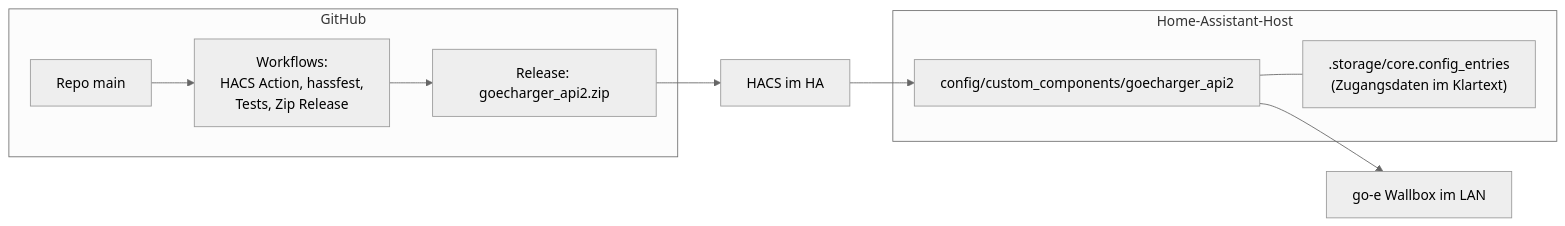
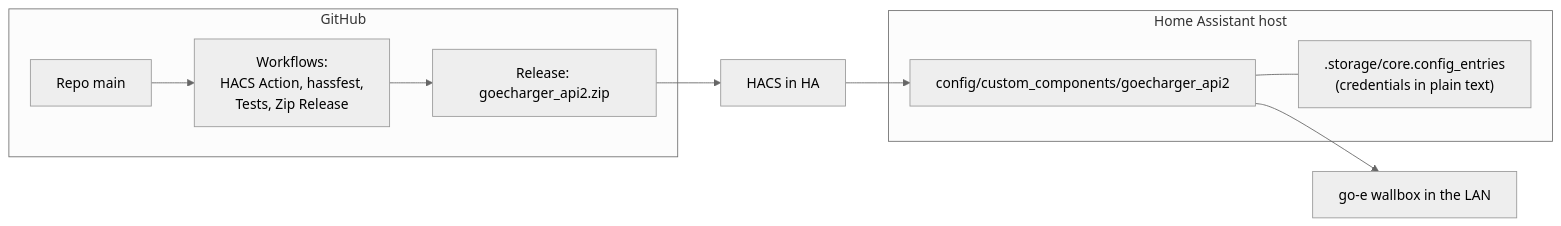
One commit to OliEder/ha-goecharger-api2 changed diagram 12 of 12 in docs/architecture/arc42-ha-goecharger-api2.md. Above: the diagram before and after it, drawn with Mermaid (neutral theme). The commit also changed other lines of this file and 89 other files, not shown here.

````diff
--- a/docs/architecture/arc42-ha-goecharger-api2.md
+++ b/docs/architecture/arc42-ha-goecharger-api2.md
@@ -500,17 +500,17 @@
 ```mermaid
 flowchart LR
     subgraph GH[GitHub]
         Repo[Repo main]
         CI["Workflows:<br/>HACS Action, hassfest,<br/>Tests, Zip Release"]
         Rel[Release: goecharger_api2.zip]
     end
-    HACS[HACS im HA]
-    subgraph Host["Home-Assistant-Host"]
+    HACS[HACS in HA]
+    subgraph Host["Home Assistant host"]
         CC["config/custom_components/goecharger_api2"]
-        Store[".storage/core.config_entries<br/>(Zugangsdaten im Klartext)"]
+        Store[".storage/core.config_entries<br/>(credentials in plain text)"]
     end
-    Dev["go-e Wallbox im LAN"]
+    Dev["go-e wallbox in the LAN"]
     Repo --> CI --> Rel --> HACS --> CC
     CC --- Store
     CC --> Dev
 ```
````
